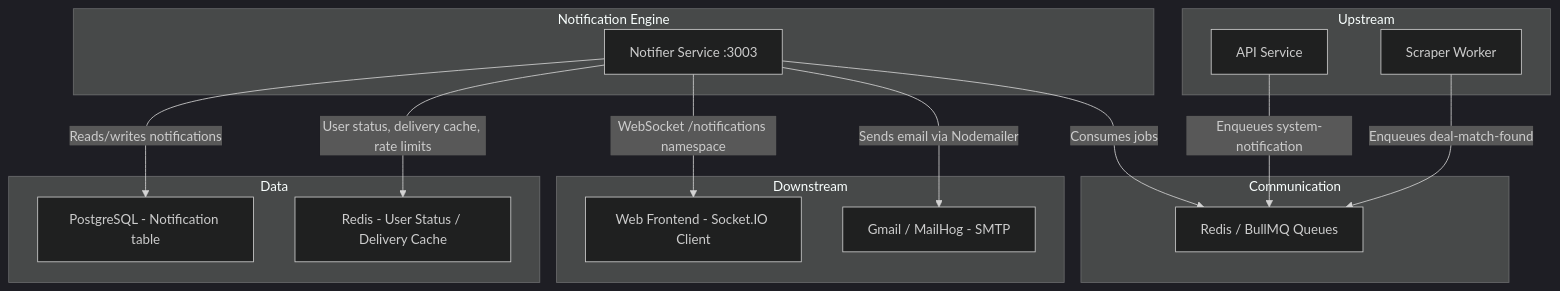
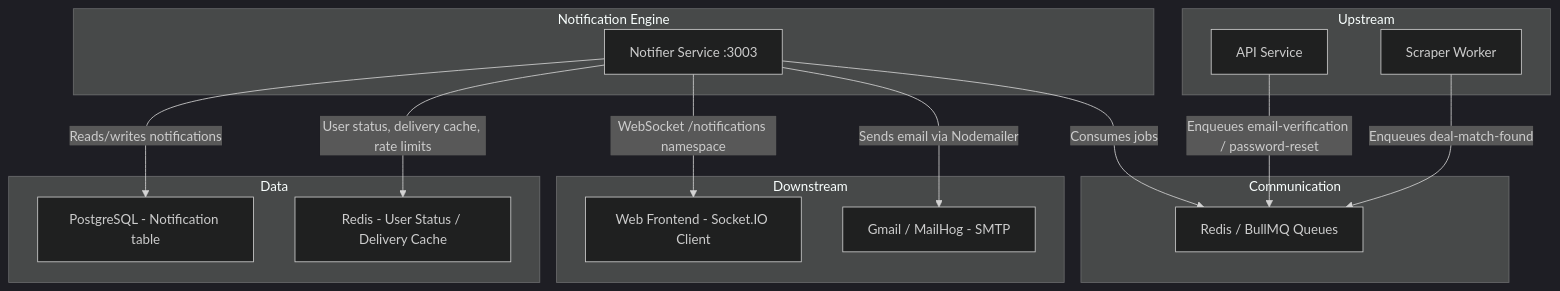
Before and after one commit to Pekno/DealsScrapper-V2: the diagram in apps/notifier/README.md, drawn with Mermaid (dark theme). The commit also changed other lines of this file and 1 other file, not shown here.

````diff
--- a/apps/notifier/README.md
+++ b/apps/notifier/README.md
@@ -20,33 +20,33 @@
 ```mermaid
 graph TD
     subgraph "Notification Engine"
         A[Notifier Service :3003]
     end
 
     subgraph "Communication"
         B[Redis / BullMQ Queues]
     end
 
     subgraph "Data"
         C[PostgreSQL - Notification table]
         D[Redis - User Status / Delivery Cache]
     end
 
     subgraph "Upstream"
         E[Scraper Worker]
         F[API Service]
     end
 
     subgraph "Downstream"
         G[Web Frontend - Socket.IO Client]
         H[Gmail / MailHog - SMTP]
     end
 
     E -- Enqueues deal-match-found --> B
-    F -- Enqueues system-notification --> B
+    F -- Enqueues email-verification / password-reset --> B
     A -- Consumes jobs --> B
     A -- Reads/writes notifications --> C
     A -- User status, delivery cache, rate limits --> D
     A -- WebSocket /notifications namespace --> G
     A -- Sends email via Nodemailer --> H
 ```
````
